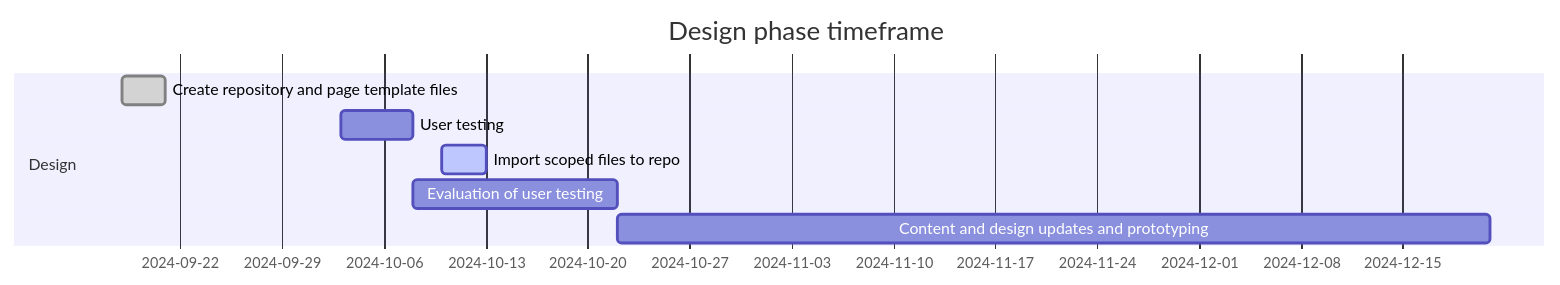
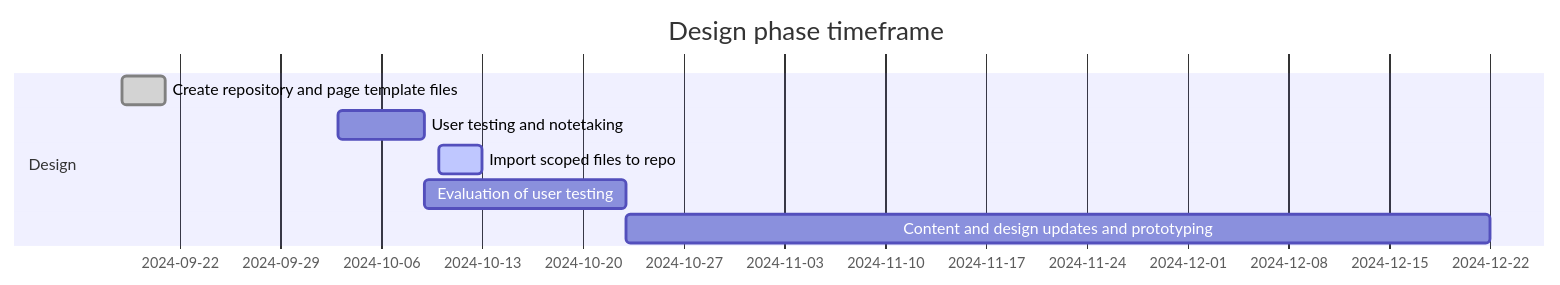
The first of 2 diagrams in README.md (cra-proto/gst-hst-business), drawn with Mermaid before and after one commit.

````diff
--- a/README.md
+++ b/README.md
@@ -31,11 +31,11 @@
 ```mermaid
 gantt
     title Design phase timeframe
     dateFormat  YYYY-MM-DD
     section Design
     Create repository and page template files :done, a1, 2024-09-18, 3d
-    User testing :b1, 2024-10-03, 5d
+    User testing and notetaking :b1, 2024-10-03, 6d
     Import scoped files to repo :active, a2, 2024-10-10, 3d
     Evaluation of user testing :b2, after b1, 14d
     Content and design updates and prototyping :after b2, 60d
 ```
````
